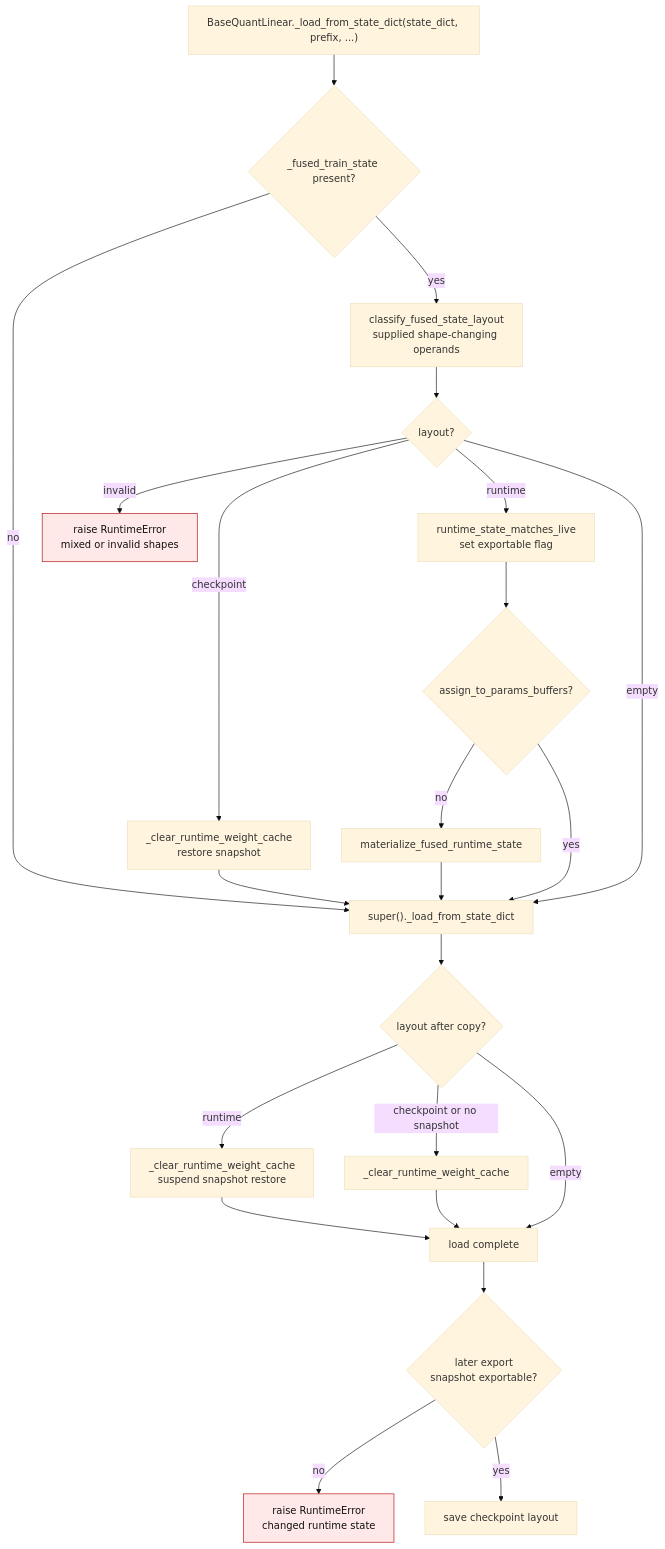
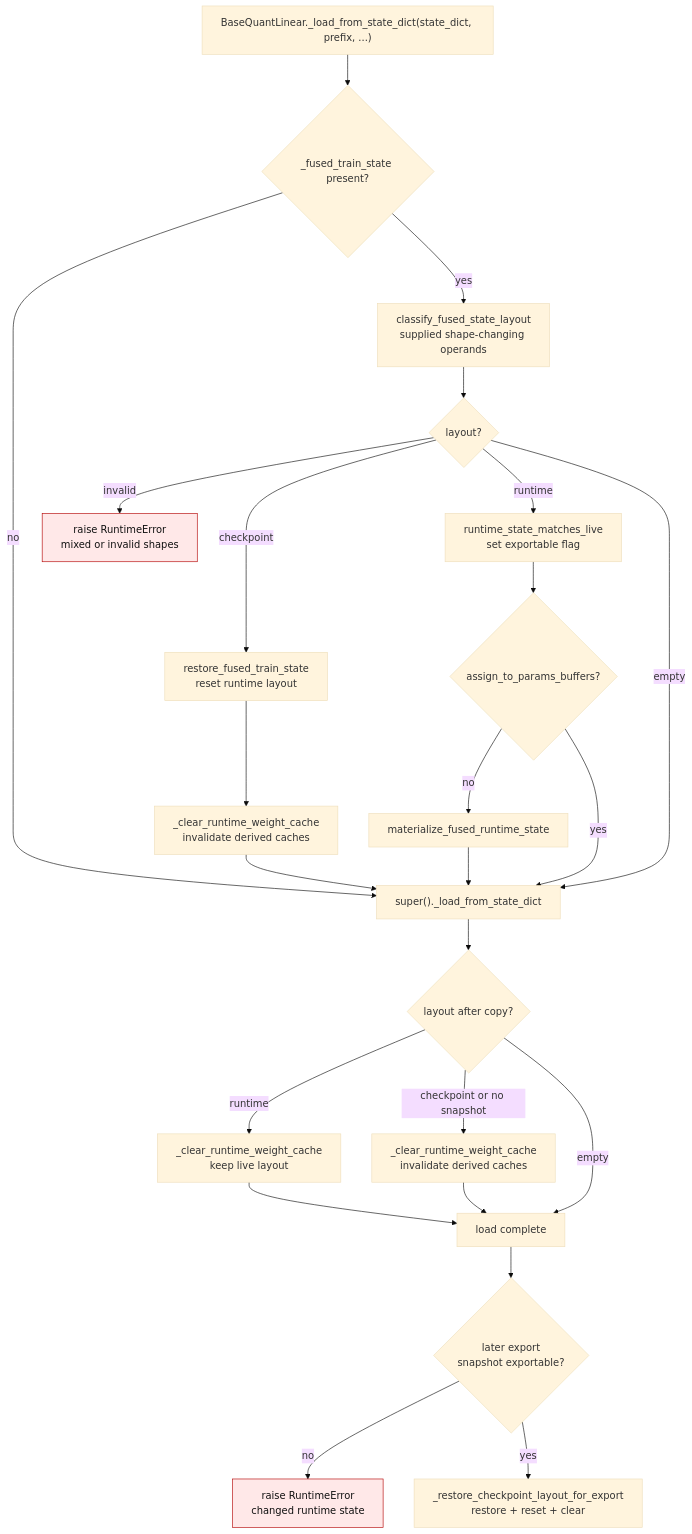
One commit to ModelCloud/GPTQModel changed the third of 5 diagrams in docs/torch_fused_int4_transformations.md. Above: the diagram before and after it, drawn with Mermaid (base theme). The commit also changed other lines of this file and 10 other files, not shown here.

First line of the commit message:
fix(cpu): keep packed buffers when clearing fused caches

````diff
--- a/docs/torch_fused_int4_transformations.md
+++ b/docs/torch_fused_int4_transformations.md
@@ -274,27 +310,28 @@
 ```mermaid
 flowchart TD
     A["BaseQuantLinear._load_from_state_dict(state_dict, prefix, ...)"] --> B{"_fused_train_state present?"}
     B -- no --> S["super()._load_from_state_dict"]
     B -- yes --> C["classify_fused_state_layout<br/>supplied shape-changing operands"]
     C --> D{"layout?"}
     D -- invalid --> X["raise RuntimeError<br/>mixed or invalid shapes"]
-    D -- checkpoint --> E["_clear_runtime_weight_cache<br/>restore snapshot"]
-    E --> S
+    D -- checkpoint --> E["restore_fused_train_state<br/>reset runtime layout"]
+    E --> E2["_clear_runtime_weight_cache<br/>invalidate derived caches"]
+    E2 --> S
     D -- runtime --> R["runtime_state_matches_live<br/>set exportable flag"]
     R --> I{"assign_to_params_buffers?"}
     I -- no --> J["materialize_fused_runtime_state"]
     I -- yes --> S
     J --> S
     D -- empty --> S
     S --> P{"layout after copy?"}
-    P -- runtime --> L["_clear_runtime_weight_cache<br/>suspend snapshot restore"]
-    P -- checkpoint or no snapshot --> Q["_clear_runtime_weight_cache"]
+    P -- runtime --> L["_clear_runtime_weight_cache<br/>keep live layout"]
+    P -- checkpoint or no snapshot --> Q["_clear_runtime_weight_cache<br/>invalidate derived caches"]
     P -- empty --> M["load complete"]
     L --> M
     Q --> M
     M --> Y{"later export<br/>snapshot exportable?"}
     Y -- no --> Z["raise RuntimeError<br/>changed runtime state"]
-    Y -- yes --> T["save checkpoint layout"]
+    Y -- yes --> T["_restore_checkpoint_layout_for_export<br/>restore + reset + clear"]
     classDef failure fill:#ffe8e8,stroke:#b30000,color:#111;
     class X,Z failure;
 ```
````
